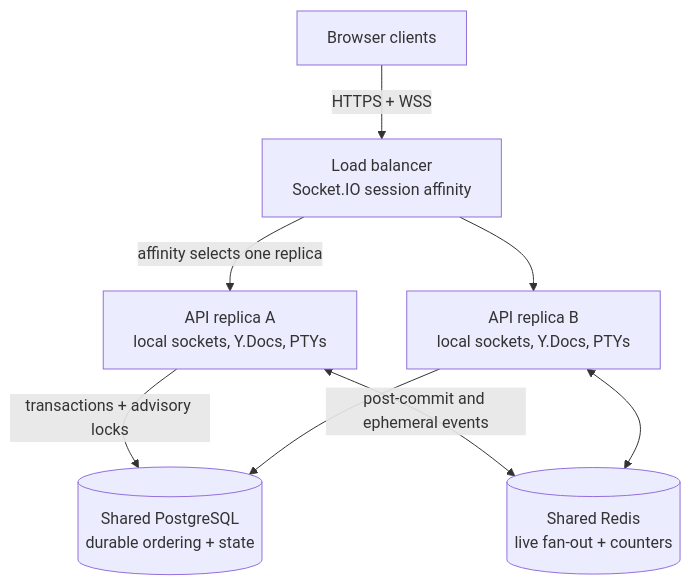
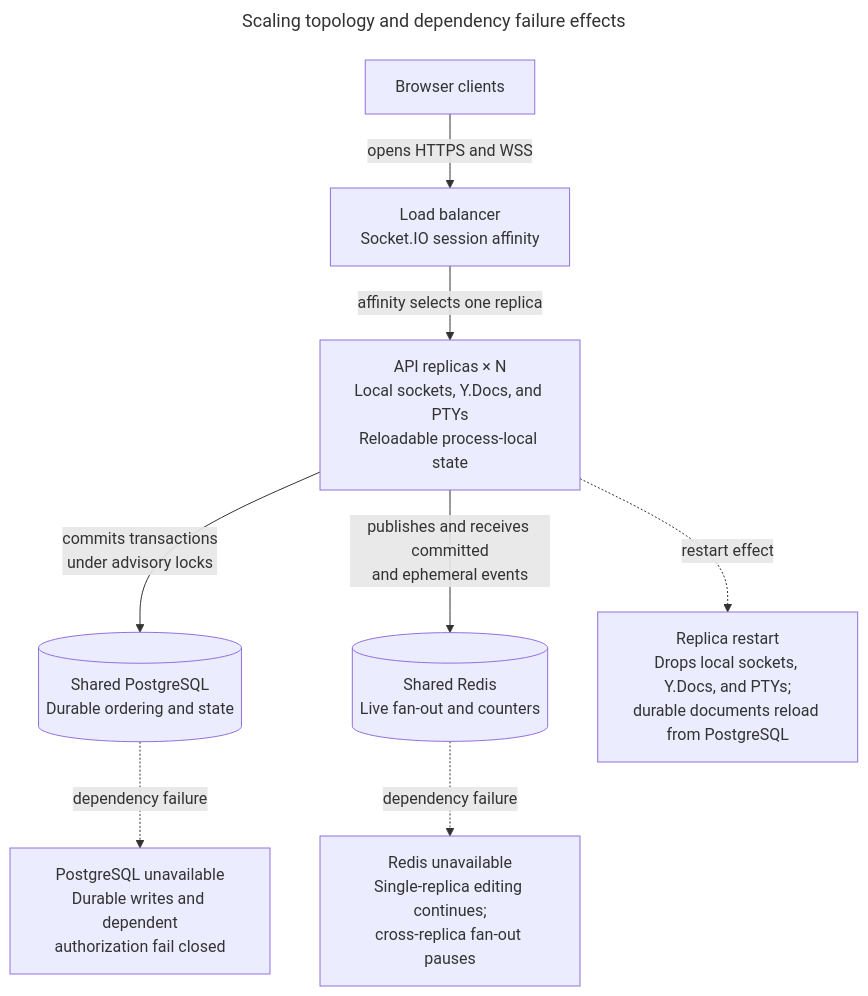
Before and after one commit to santinomarial/Meridian: the diagram in docs/diagrams/source/scaling-failure.mmd, drawn with Mermaid. The commit also changed 62 other files, not shown here.

Commit message:
Perfect architecture diagrams and sizing

```diff
--- a/docs/diagrams/source/scaling-failure.mmd
+++ b/docs/diagrams/source/scaling-failure.mmd
@@ -1,15 +1,22 @@
+---
+title: Scaling topology and dependency failure effects
+---
 flowchart TB
     Clients["Browser clients"]
     LB["Load balancer<br/>Socket.IO session affinity"]
-    A["API replica A<br/>local sockets, Y.Docs, PTYs"]
-    B["API replica B<br/>local sockets, Y.Docs, PTYs"]
-    PG[("Shared PostgreSQL<br/>durable ordering + state")]
-    Redis[("Shared Redis<br/>live fan-out + counters")]
+    APIs["API replicas × N<br/>Local sockets, Y.Docs, and PTYs<br/>Reloadable process-local state"]
+    PG[("Shared PostgreSQL<br/>Durable ordering and state")]
+    Redis[("Shared Redis<br/>Live fan-out and counters")]
 
-    Clients -->|"HTTPS + WSS"| LB
-    LB -->|"affinity selects one replica"| A
-    LB --> B
-    A -->|"transactions + advisory locks"| PG
-    B --> PG
-    A <-->|"post-commit and ephemeral events"| Redis
-    B <--> Redis
+    Clients -->|"opens HTTPS and WSS"| LB
+    LB -->|"affinity selects one replica"| APIs
+    APIs -->|"commits transactions<br/>under advisory locks"| PG
+    APIs -->|"publishes and receives committed<br/>and ephemeral events"| Redis
+
+    Restart["Replica restart<br/>Drops local sockets, Y.Docs, and PTYs;<br/>durable documents reload from PostgreSQL"]
+    PGDown["PostgreSQL unavailable<br/>Durable writes and dependent<br/>authorization fail closed"]
+    RedisDown["Redis unavailable<br/>Single-replica editing continues;<br/>cross-replica fan-out pauses"]
+
+    APIs -.->|"restart effect"| Restart
+    PG -.->|"dependency failure"| PGDown
+    Redis -.->|"dependency failure"| RedisDown
```
